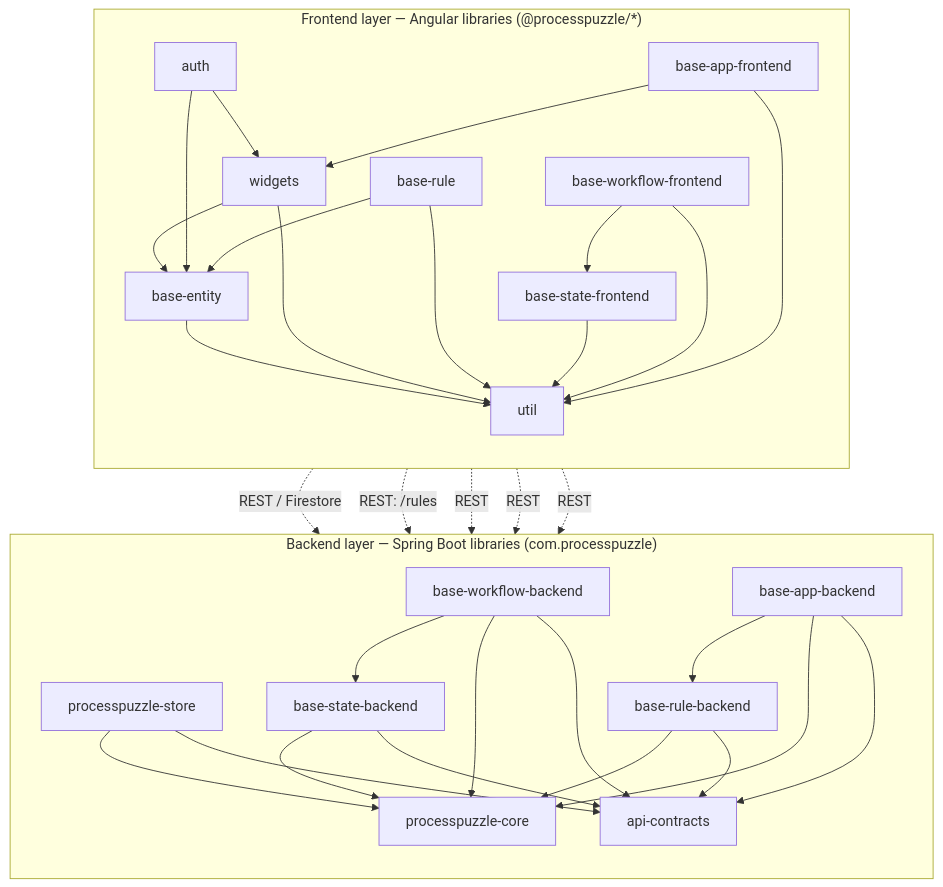
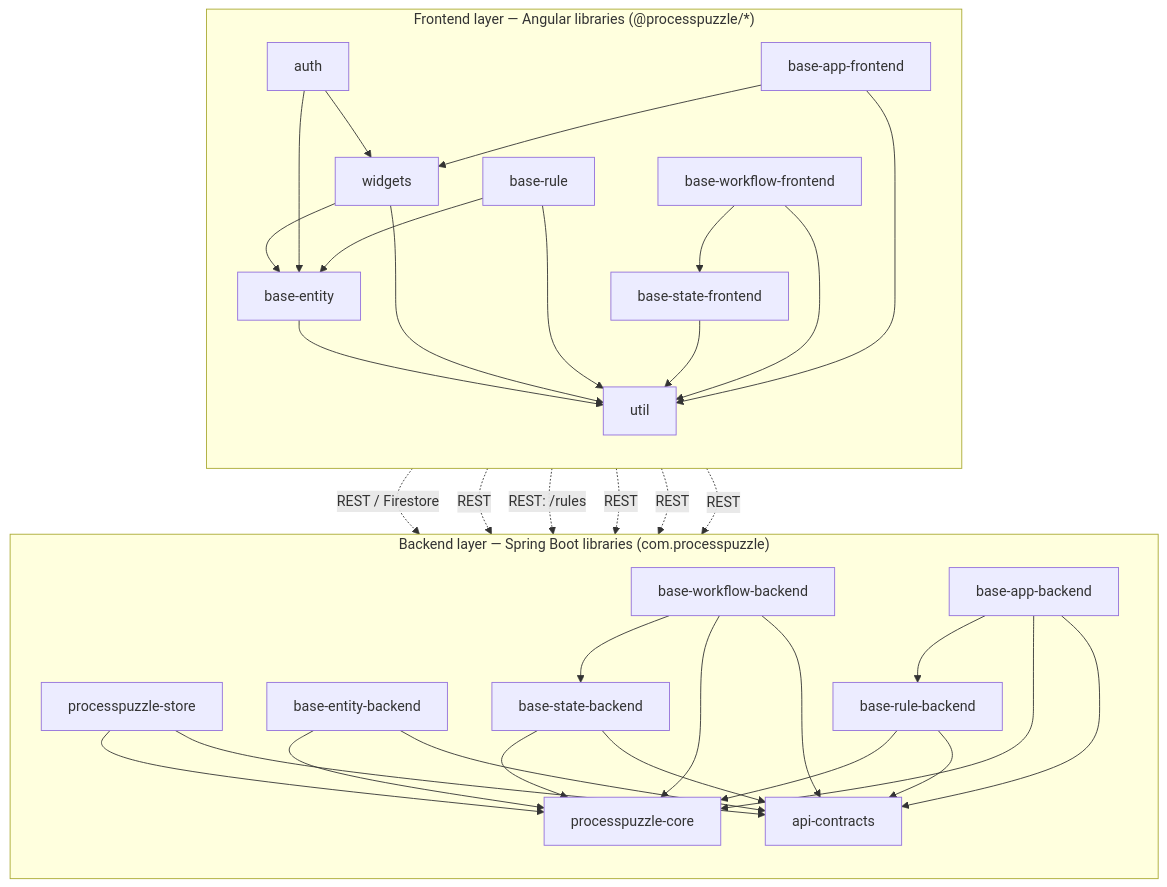
The first of 3 diagrams in README.md (ZsZs/processpuzzle), drawn with Mermaid before and after one commit. The commit also changed other lines of this file and 18 other files, not shown here.

Commit message:
feature(base-entity-backend): Create library.

````diff
--- a/README.md
+++ b/README.md
@@ -45,57 +45,61 @@
 ```mermaid
 graph TD
   subgraph FE["Frontend layer — Angular libraries (@processpuzzle/*)"]
     direction TB
     util[util]
     widgets[widgets]
     auth[auth]
     entityFE[base-entity]
     ruleFE[base-rule]
     stateFE[base-state-frontend]
     workflowFE[base-workflow-frontend]
     appFE[base-app-frontend]
 
     entityFE --> util
     widgets --> entityFE
     widgets --> util
     auth --> entityFE
     auth --> widgets
     ruleFE --> entityFE
     ruleFE --> util
     stateFE --> util
     workflowFE --> stateFE
     workflowFE --> util
     appFE --> widgets
     appFE --> util
   end
 
   subgraph BE["Backend layer — Spring Boot libraries (com.processpuzzle)"]
     direction TB
     core[processpuzzle-core]
     contracts[api-contracts]
     store[processpuzzle-store]
+    entityBE[base-entity-backend]
     ruleBE[base-rule-backend]
     stateBE[base-state-backend]
     workflowBE[base-workflow-backend]
     appBE[base-app-backend]
 
     store --> core
     store --> contracts
+    entityBE --> core
+    entityBE --> contracts
     ruleBE --> core
     ruleBE --> contracts
     stateBE --> core
     stateBE --> contracts
     workflowBE --> stateBE
     workflowBE --> core
     workflowBE --> contracts
     appBE --> ruleBE
     appBE --> core
     appBE --> contracts
   end
 
   entityFE -. "REST / Firestore" .-> store
+  entityFE -. REST .-> entityBE
   ruleFE -. "REST: /rules" .-> ruleBE
   stateFE -. REST .-> stateBE
   workflowFE -. REST .-> workflowBE
   appFE -. REST .-> appBE
 ```
````
